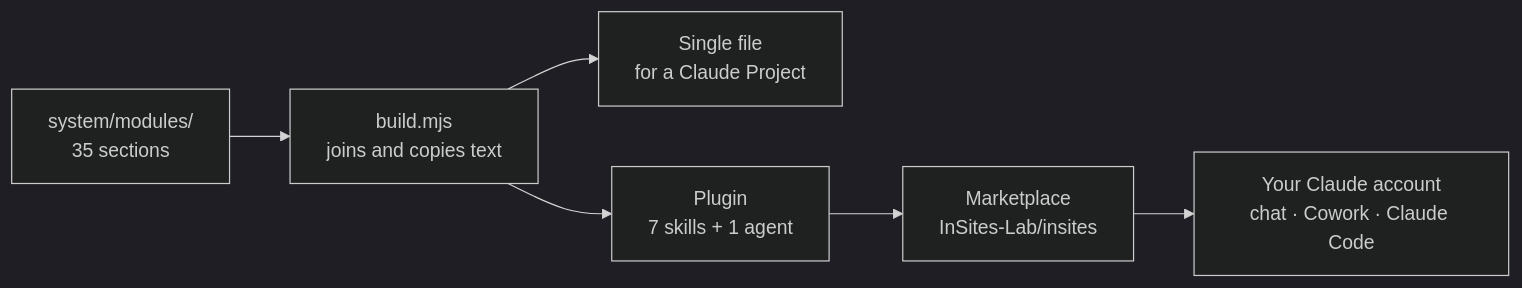
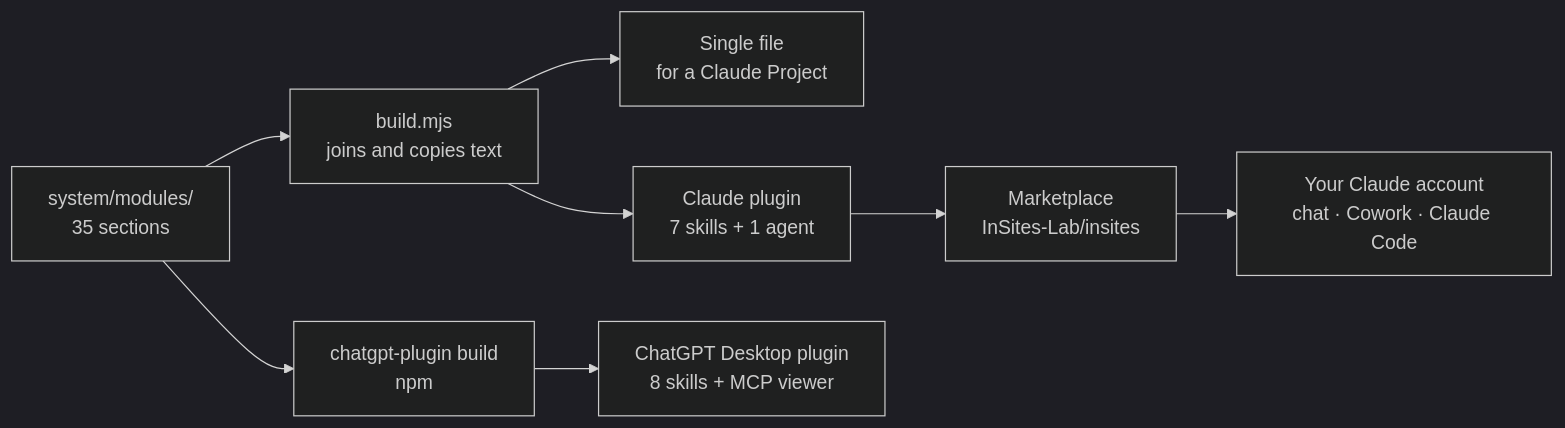
Before and after one commit to InSites-Lab/insites: the diagram in docs/plugin-architecture.md, drawn with Mermaid (dark theme). The commit also changed other lines of this file and 4 other files, not shown here.

````diff
--- a/docs/plugin-architecture.md
+++ b/docs/plugin-architecture.md
@@ -9,8 +9,10 @@
 ```mermaid
 flowchart LR
   M["system/modules/<br/>35 sections"] --> B["build.mjs<br/>joins and copies text"]
   B --> F["Single file<br/>for a Claude Project"]
-  B --> P["Plugin<br/>7 skills + 1 agent"]
+  B --> P["Claude plugin<br/>7 skills + 1 agent"]
   P --> K["Marketplace<br/>InSites-Lab/insites"]
   K --> U["Your Claude account<br/>chat · Cowork · Claude Code"]
+  M --> C["chatgpt-plugin build<br/>npm"]
+  C --> G["ChatGPT Desktop plugin<br/>8 skills + MCP viewer"]
 ```
````
